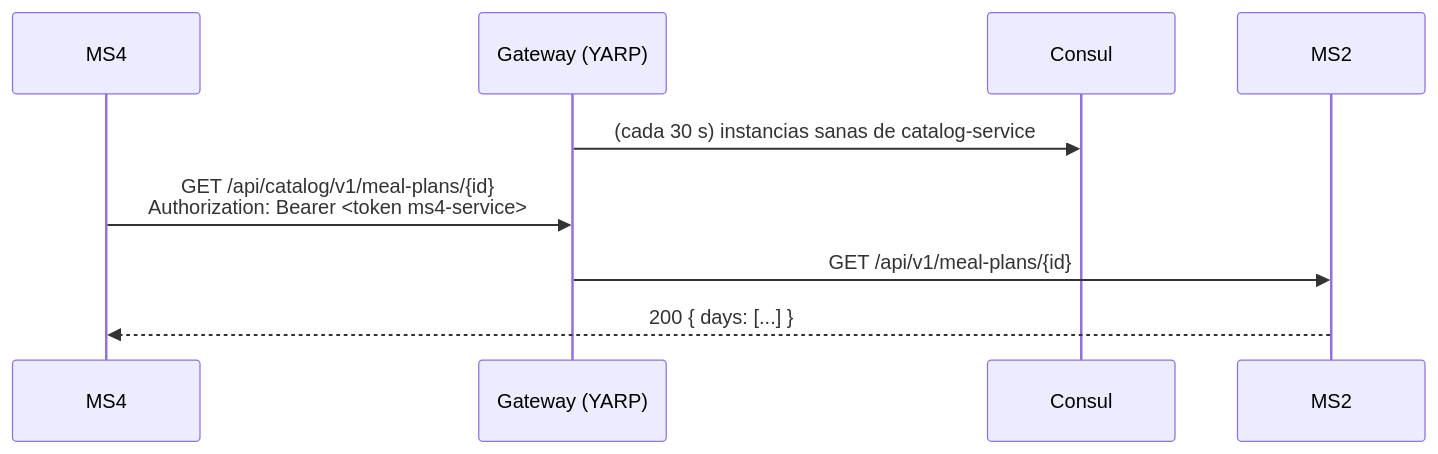
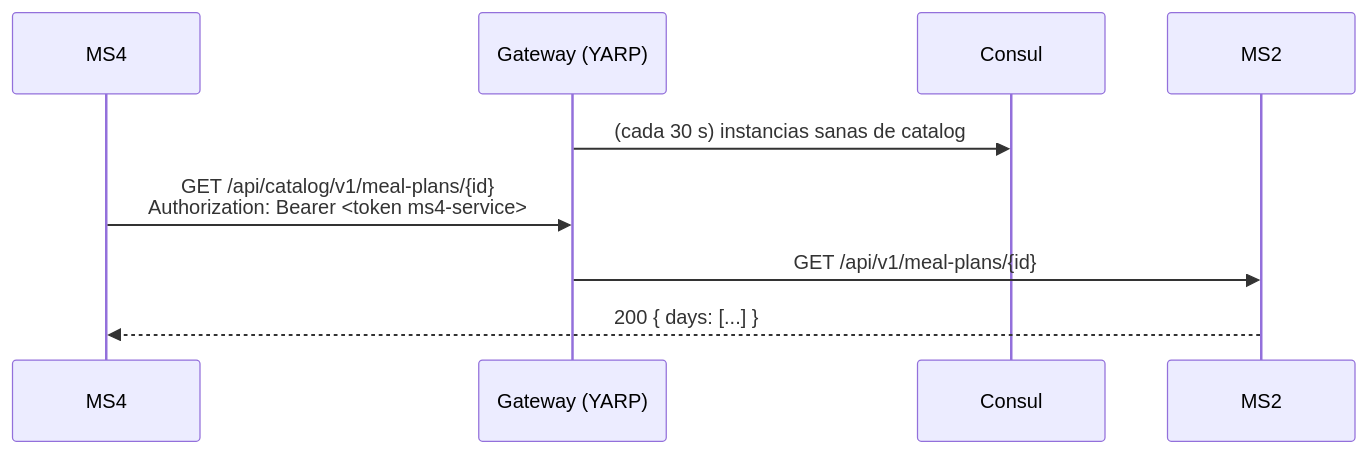
Before and after one commit to Nur-tricenter/knowledge: the first of 2 diagrams in platform/communication.md, drawn with Mermaid. The commit also changed other lines of this file and 11 other files, not shown here.

````diff
--- a/platform/communication.md
+++ b/platform/communication.md
@@ -22,11 +22,11 @@
 ```mermaid
 sequenceDiagram
   participant MS4
   participant GW as Gateway (YARP)
   participant C as Consul
   participant MS2
-  GW->>C: (cada 30 s) instancias sanas de catalog-service
+  GW->>C: (cada 30 s) instancias sanas de catalog
   MS4->>GW: GET /api/catalog/v1/meal-plans/{id}<br/>Authorization: Bearer <token ms4-service>
   GW->>MS2: GET /api/v1/meal-plans/{id}
   MS2-->>MS4: 200 { days: [...] }
 ```
````
